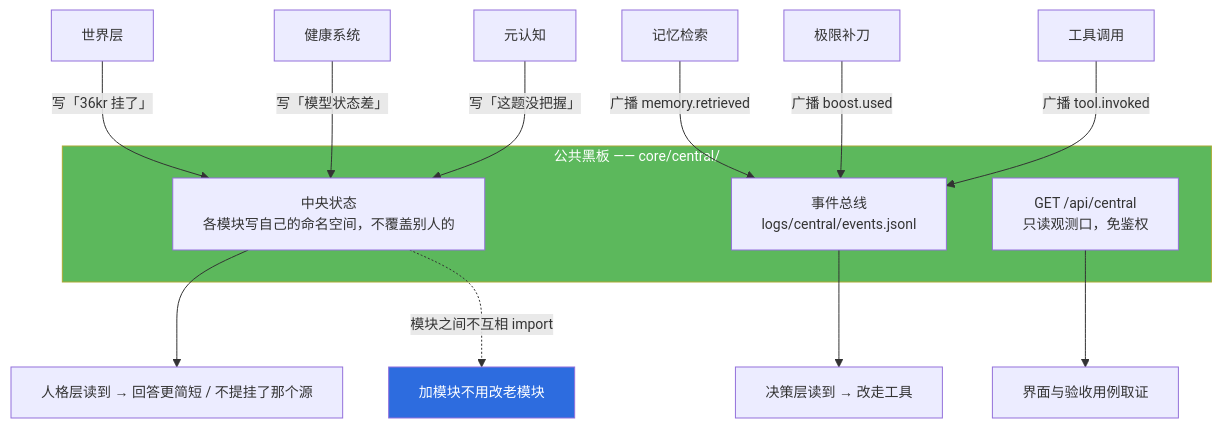
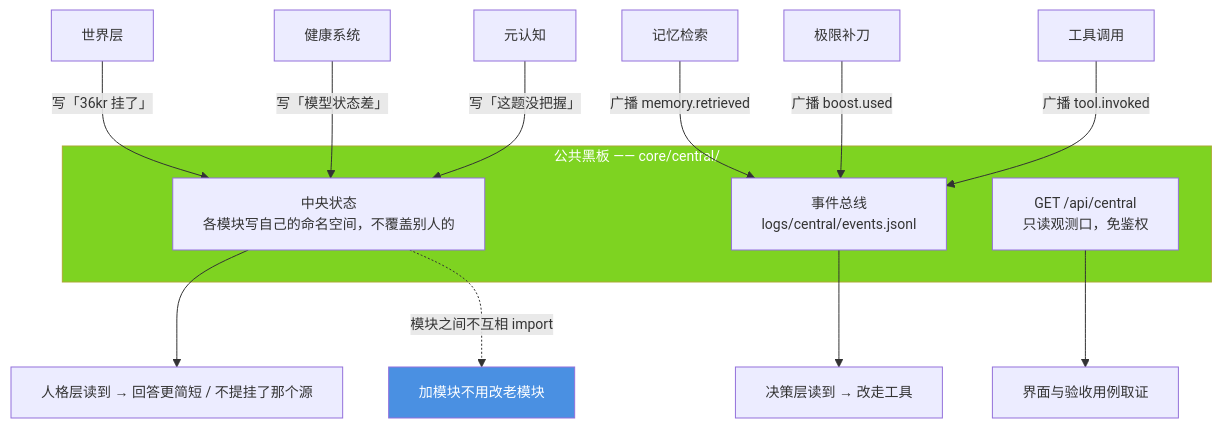
Before and after one commit to jiangchuangege/xiaojiao-harnees: diagram 15 of 20 in docs/architecture-diagrams.md, drawn with Mermaid. The commit also changed other lines of this file and 32 other files, not shown here.

Commit message:
统一：全仓原理图配色到一套调色板 + 给 12 张灰图补色 + 修正自己会睡那张过期图

````diff
--- a/docs/architecture-diagrams.md
+++ b/docs/architecture-diagrams.md
@@ -528,21 +528,21 @@
 ```mermaid
 %%{init: {"themeVariables": {"fontSize": "14px"}, "flowchart": {"htmlLabels": true, "wrappingWidth": 340, "nodeSpacing": 46, "rankSpacing": 64, "useMaxWidth": true}}}%%
 flowchart TB
     subgraph BOARD["公共黑板 —— core/central/"]
         ST["中央状态<br/>各模块写自己的命名空间，不覆盖别人的"]
         EV["事件总线<br/>logs/central/events.jsonl"]
         API["GET /api/central<br/>只读观测口，免鉴权"]
     end
     N1["世界层"] -->|写「36kr 挂了」| ST
     N2["健康系统"] -->|写「模型状态差」| ST
     N3["元认知"] -->|写「这题没把握」| ST
     N4["记忆检索"] -->|广播 memory.retrieved| EV
     N5["极限补刀"] -->|广播 boost.used| EV
     N6["工具调用"] -->|广播 tool.invoked| EV
     ST --> P1["人格层读到 → 回答更简短 / 不提挂了那个源"]
     EV --> P2["决策层读到 → 改走工具"]
     API --> P3["界面与验收用例取证"]
     ST -.->|"模块之间不互相 import"| C["加模块不用改老模块"]
-    style BOARD fill:#5cb85c,color:#fff
-    style C fill:#2d6cdf,color:#fff
+    style BOARD fill:#7ED321,color:#fff
+    style C fill:#4A90E2,color:#fff
 ```
````
